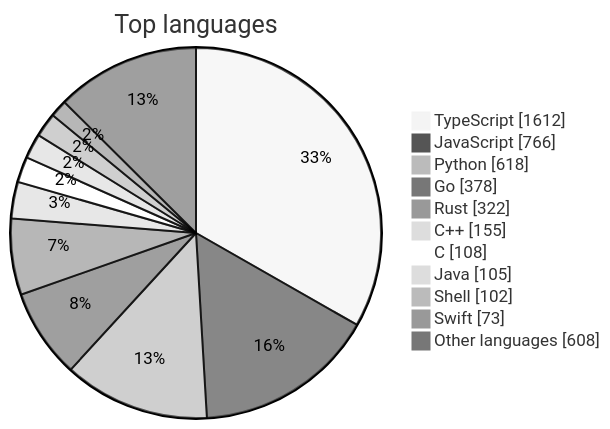
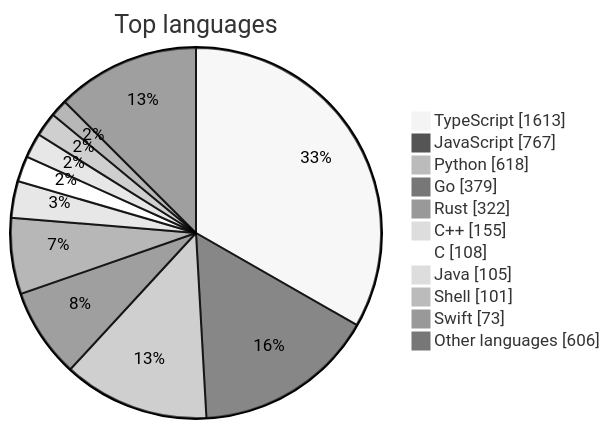
Before and after one commit to maxgfr/awesome-stars: the first of 2 diagrams in README.md, drawn with Mermaid (neutral theme). The commit also changed other lines of this file and 26 other files, not shown here.

````diff
--- a/README.md
+++ b/README.md
@@ -39,14 +39,14 @@
 ```mermaid
 pie showData title Top languages
-    "TypeScript" : 1612
-    "JavaScript" : 766
+    "TypeScript" : 1613
+    "JavaScript" : 767
     "Python" : 618
-    "Go" : 378
+    "Go" : 379
     "Rust" : 322
     "C++" : 155
     "C" : 108
     "Java" : 105
-    "Shell" : 102
+    "Shell" : 101
     "Swift" : 73
-    "Other languages" : 608
+    "Other languages" : 606
 ```
````
